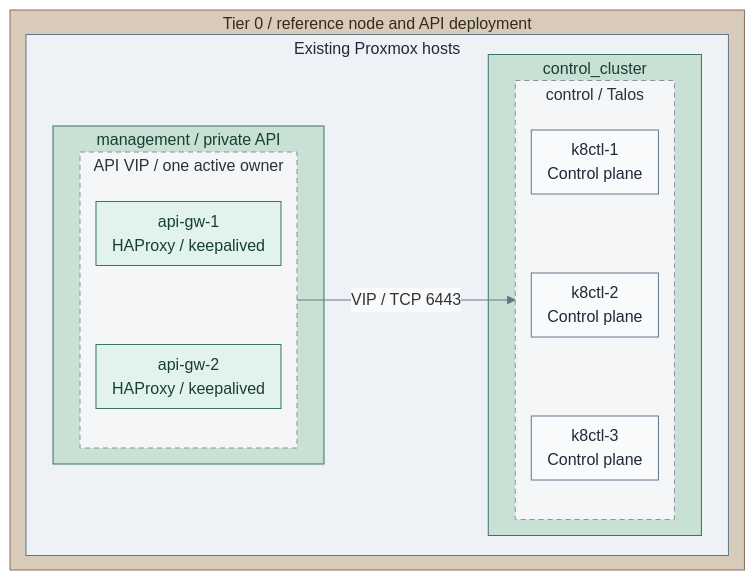
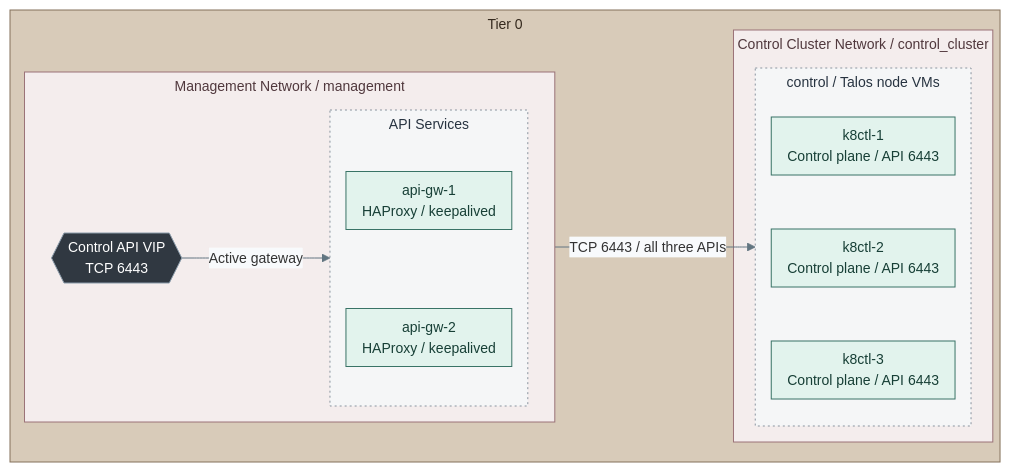
The diagram in docs/05-operations/01-hosting/kubernetes-and-labs.md (Rexus/homelab), drawn with Mermaid before and after one commit. The commit also changed other lines of this file and 124 other files, not shown here.

First line of the commit message:
fix(platform): align service diagrams and directory failover

````diff
--- a/docs/05-operations/01-hosting/kubernetes-and-labs.md
+++ b/docs/05-operations/01-hosting/kubernetes-and-labs.md
@@ -8,39 +8,41 @@
 ```mermaid
-%%{init: {"theme":"base","flowchart":{"nodeSpacing":12,"rankSpacing":4,"padding":8,"subGraphTitleMargin":{"top":2,"bottom":8}},"themeVariables":{"lineColor":"#627581","edgeLabelBackground":"#f8fafc"}}}%%
+%%{init: {"theme":"base","flowchart":{"nodeSpacing":12,"rankSpacing":4,"padding":8,"subGraphTitleMargin":{"top":4,"bottom":18}},"themeVariables":{"lineColor":"#627581","edgeLabelBackground":"#f8fafc","fontFamily":"Arial, sans-serif","fontSize":"14px"},"fontFamily":"Arial, sans-serif"}}%%
 flowchart LR
-  subgraph T0["Tier 0 / reference node and API deployment"]
-    subgraph PVE["Existing Proxmox hosts"]
+  subgraph T0["Tier 0"]
+    direction LR
+    subgraph Management["Management Network / management"]
       direction LR
-      subgraph Management["management / private API"]
-        subgraph Gateways["API VIP / one active owner"]
-          direction TB
-          G1["api-gw-1<br/>HAProxy / keepalived"]
-          G2["api-gw-2<br/>HAProxy / keepalived"]
-          G1 ~~~ G2
-        end
+      VIP{{"Control API VIP<br/>TCP 6443"}}
+      subgraph Gateways["API Services"]
+        direction TB
+        G1["api-gw-1<br/>HAProxy / keepalived"]
+        G2["api-gw-2<br/>HAProxy / keepalived"]
+        G1 ~~~ G2
       end
-      subgraph Control["control_cluster"]
-        subgraph Nodes["control / Talos"]
-          direction TB
-          CP1["k8ctl-1<br/>Control plane"]
-          CP2["k8ctl-2<br/>Control plane"]
-          CP3["k8ctl-3<br/>Control plane"]
-          CP1 ~~~ CP2 ~~~ CP3
-        end
+    end
+    subgraph Control["Control Cluster Network / control_cluster"]
+      subgraph Nodes["control / Talos node VMs"]
+        direction TB
+        CP1["k8ctl-1<br/>Control plane / API 6443"]
+        CP2["k8ctl-2<br/>Control plane / API 6443"]
+        CP3["k8ctl-3<br/>Control plane / API 6443"]
+        CP1 ~~~ CP2 ~~~ CP3
       end
-      Gateways -->|VIP / TCP 6443| Nodes
     end
+    VIP -->|Active gateway| Gateways
+    Gateways -->|TCP 6443 / all three APIs| Nodes
   end
   classDef default fill:#f8fafc,stroke:#64748b,color:#1f2937
   classDef control fill:#e2f3ed,stroke:#397366,color:#173f36
   classDef runtime fill:#d9eeec,stroke:#4d7b77,color:#173f3e
-  classDef boundary fill:#eef2f6,stroke:#64748b,color:#1f2937
-  classDef replicas fill:#f5f6f7,stroke:#89939e,color:#273340,stroke-dasharray:5 4
-  class G1,G2 control
+  classDef replicas fill:#f5f6f7,stroke:#89939e,color:#273340,stroke-dasharray:2 3
+  class G1,G2,CP1,CP2,CP3 control
+  classDef traffic fill:#303841,stroke:#8a9baa,color:#ffffff
+  class VIP traffic
   classDef zoneControl fill:#c9e0d5,stroke:#397366,color:#173f36
-  class Management,Control zoneControl
-  class PVE boundary
   class Gateways,Nodes replicas
   classDef tier0 fill:#d8cbb9,stroke:#83715a,color:#352a1e
   class T0 tier0
+  classDef network fill:#f4eded,stroke:#9b7378,color:#50383d
+  class Management,Control network
 ```
````
